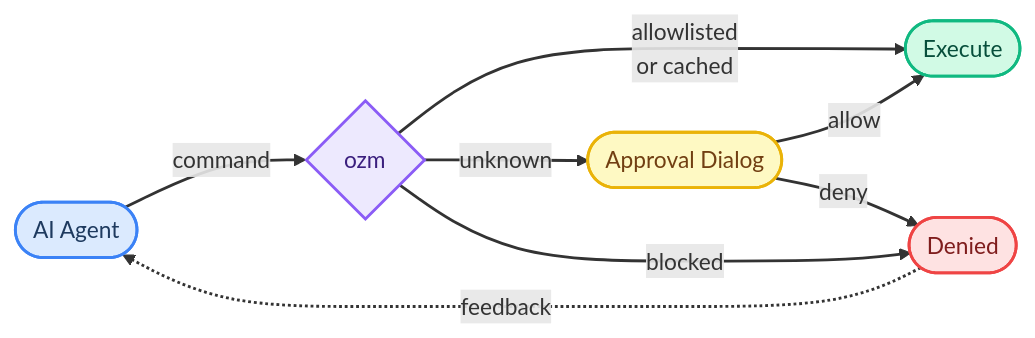
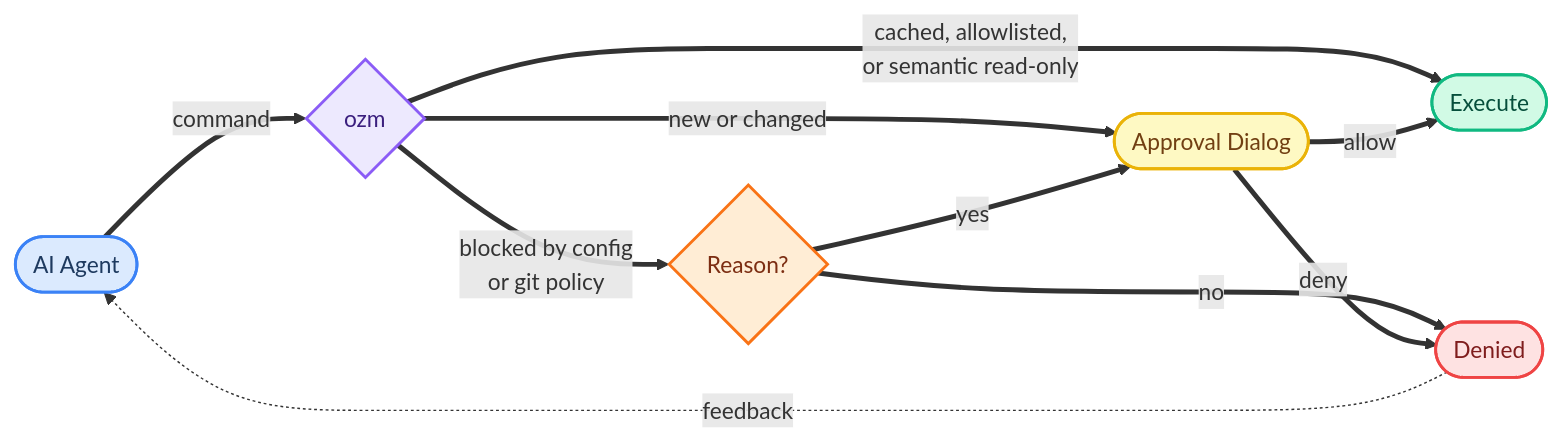
Before and after one commit to kamyar/ozm: the diagram in README.md, drawn with Mermaid. The commit also changed other lines of this file and 2 other files, not shown here.

Commit message:
Update docs for current ozm behavior

````diff
--- a/README.md
+++ b/README.md
@@ -20,18 +17,19 @@
 ```mermaid
 flowchart LR
     Agent([AI Agent]):::blue ==>|command| Ozm{ozm}:::purple
-    Ozm ==>|allowlisted\nor cached| Run([Execute]):::green
-    Ozm ==>|unknown| Dialog([Approval Dialog]):::yellow
-    Ozm ==>|blocked| Deny([Denied]):::red
+    Ozm ==>|cached, allowlisted,\nor semantic read-only| Run([Execute]):::green
+    Ozm ==>|new or changed| Dialog([Approval Dialog]):::yellow
+    Ozm ==>|blocked by config\nor git policy| Override{Reason?}:::orange
+    Override ==>|no| Deny([Denied]):::red
+    Override ==>|yes| Dialog
     Dialog ==>|allow| Run
     Dialog ==>|deny| Deny
     Deny -..->|feedback| Agent
 
     classDef blue fill:#dbeafe,stroke:#3b82f6,color:#1e3a5f,stroke-width:2px
     classDef purple fill:#ede9fe,stroke:#8b5cf6,color:#3b1f7e,stroke-width:2px
     classDef green fill:#d1fae5,stroke:#10b981,color:#064e3b,stroke-width:2px
     classDef red fill:#fee2e2,stroke:#ef4444,color:#7f1d1d,stroke-width:2px
     classDef yellow fill:#fef9c3,stroke:#eab308,color:#713f12,stroke-width:2px
-
-    linkStyle default stroke-width:2px
+    classDef orange fill:#ffedd5,stroke:#f97316,color:#7c2d12,stroke-width:2px
 ```
````
